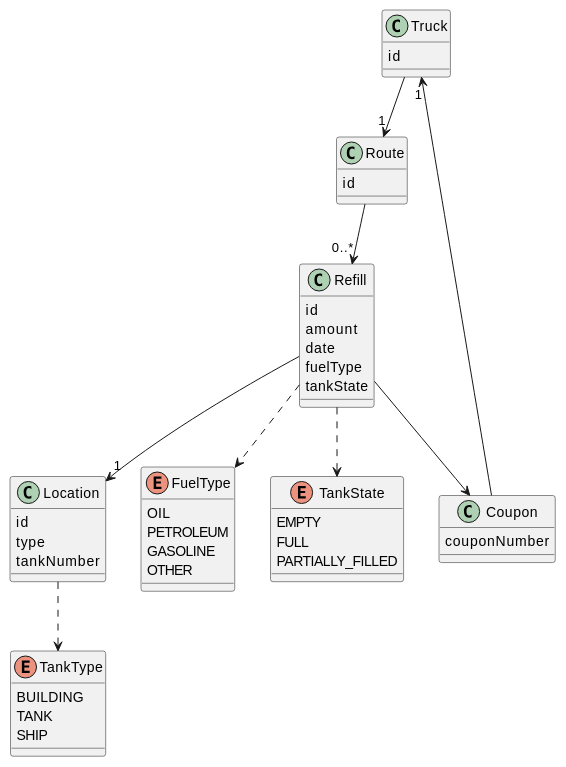
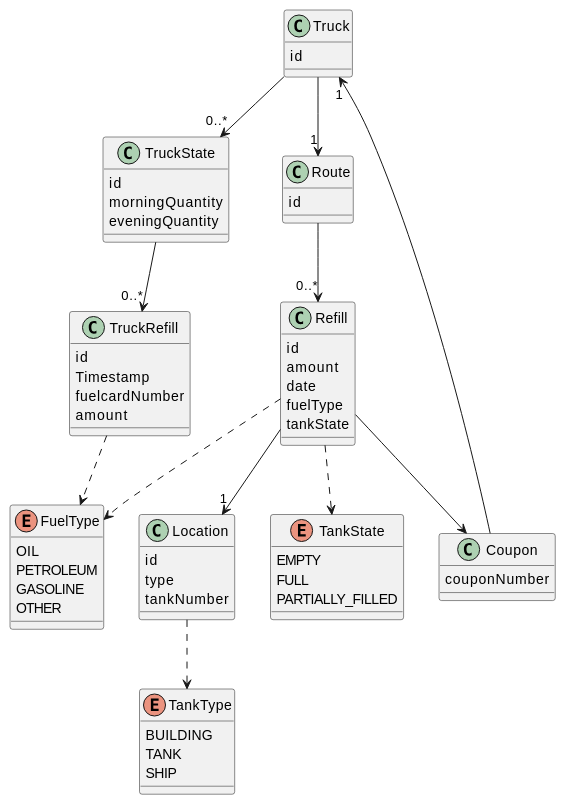
One commit to IT-Minds/client_comby_oilcontrols changed the diagram in docs/entity-datamodel.md. Above: the diagram before and after it, drawn with PlantUML. The commit also changed 3 other files, not shown here.

````diff
--- a/docs/entity-datamodel.md
+++ b/docs/entity-datamodel.md
@@ -5,58 +5,74 @@
 ```plantuml
 @startuml
 class Truck {
   id
+}
+
+class TruckState {
+  id
+  morningQuantity
+  eveningQuantity
+}
+
+class TruckRefill {
+  id
+  Timestamp
+  fuelcardNumber
+  amount
 }
 
 class Route {
   id
 }
 
 class Location {
   id
   type
   tankNumber
 }
 
 class Refill {
   id
   amount
   date
   fuelType
   tankState
 }
 
 enum FuelType {
   OIL
   PETROLEUM
   GASOLINE
   OTHER
 }
 
 enum TankType {
   BUILDING
   TANK
   SHIP
 }
 
 enum TankState {
   EMPTY
   FULL
   PARTIALLY_FILLED
 }
 
 class Coupon {
   couponNumber
 }
 
 Truck --> "1" Route
 Route --> "0..*" Refill
 Refill --> "1" Location
 Refill --> Coupon
 Refill ..> FuelType
 Location ..> TankType
 Refill ..> TankState
 Truck "1" <-- Coupon
+Truck --> "0..*" TruckState
+TruckState --> "0..*" TruckRefill
+TruckRefill ..> FuelType
 @enduml
 
 ```
````
